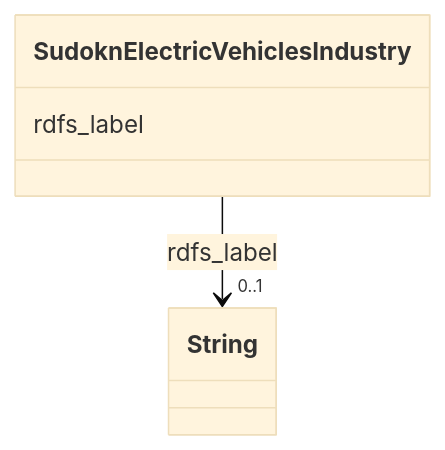
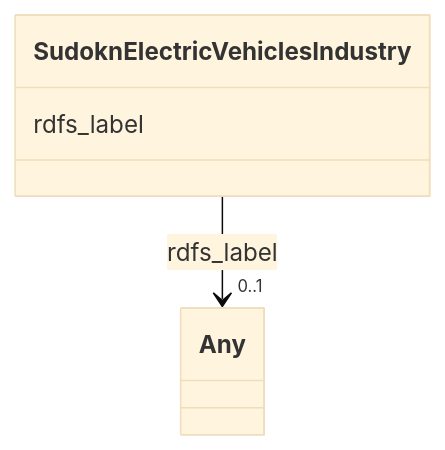
Before and after one commit to frink-okn/graph-descriptions: the diagram in sudokn-kg/classes/SudoknElectricVehiclesIndustry.md, drawn with Mermaid (base theme). The commit also changed other lines of this file and 903 other files, not shown here.

````diff
--- a/sudokn-kg/classes/SudoknElectricVehiclesIndustry.md
+++ b/sudokn-kg/classes/SudoknElectricVehiclesIndustry.md
@@ -23,15 +18,15 @@
 ```mermaid
  classDiagram
     class SudoknElectricVehiclesIndustry
     click SudoknElectricVehiclesIndustry href "../SudoknElectricVehiclesIndustry"
       SudoknElectricVehiclesIndustry : rdfs_label
         
           
     
     
-    SudoknElectricVehiclesIndustry --> "0..1" String : rdfs_label
-    click String href "../String"
+    SudoknElectricVehiclesIndustry --> "0..1" Any : rdfs_label
+    click Any href "../Any"
 
         
       
 ```
````
